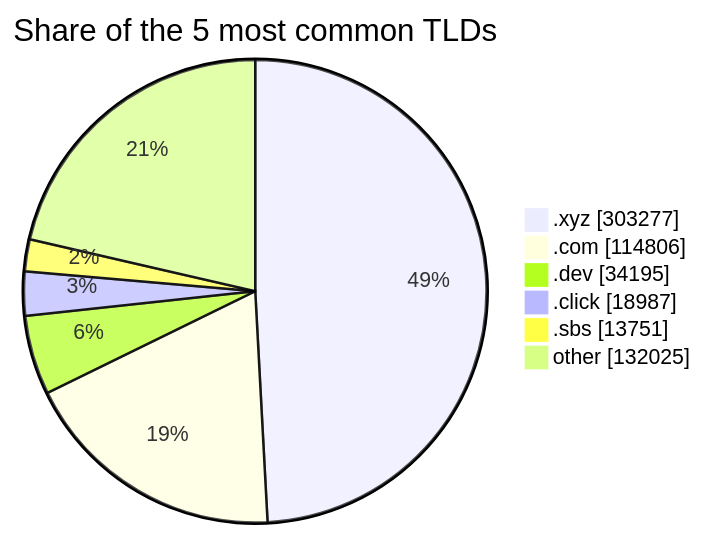
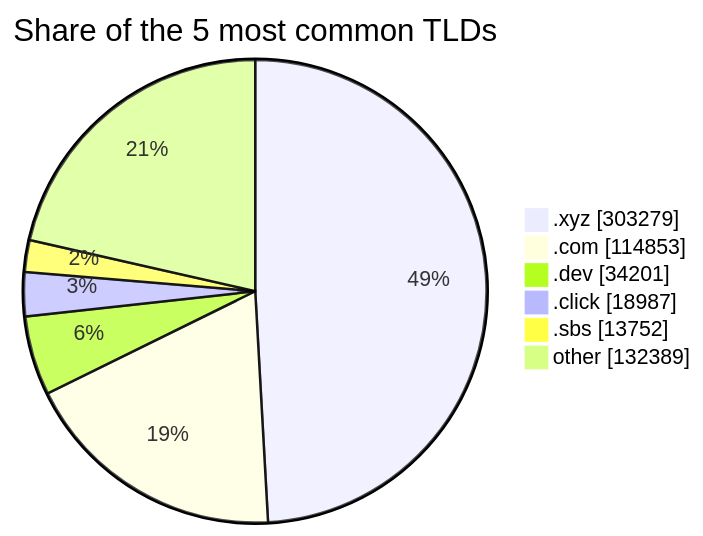
Before and after one commit to DNSBunker/CTI: the third of 3 diagrams in README.md, drawn with Mermaid. The commit also changed other lines of this file and 3 other files, not shown here.

````diff
--- a/README.md
+++ b/README.md
@@ -81,9 +81,9 @@
 ```mermaid
 pie showData title Share of the 5 most common TLDs
-    ".xyz" : 303277
-    ".com" : 114806
-    ".dev" : 34195
+    ".xyz" : 303279
+    ".com" : 114853
+    ".dev" : 34201
     ".click" : 18987
-    ".sbs" : 13751
-    "other" : 132025
+    ".sbs" : 13752
+    "other" : 132389
 ```
````
